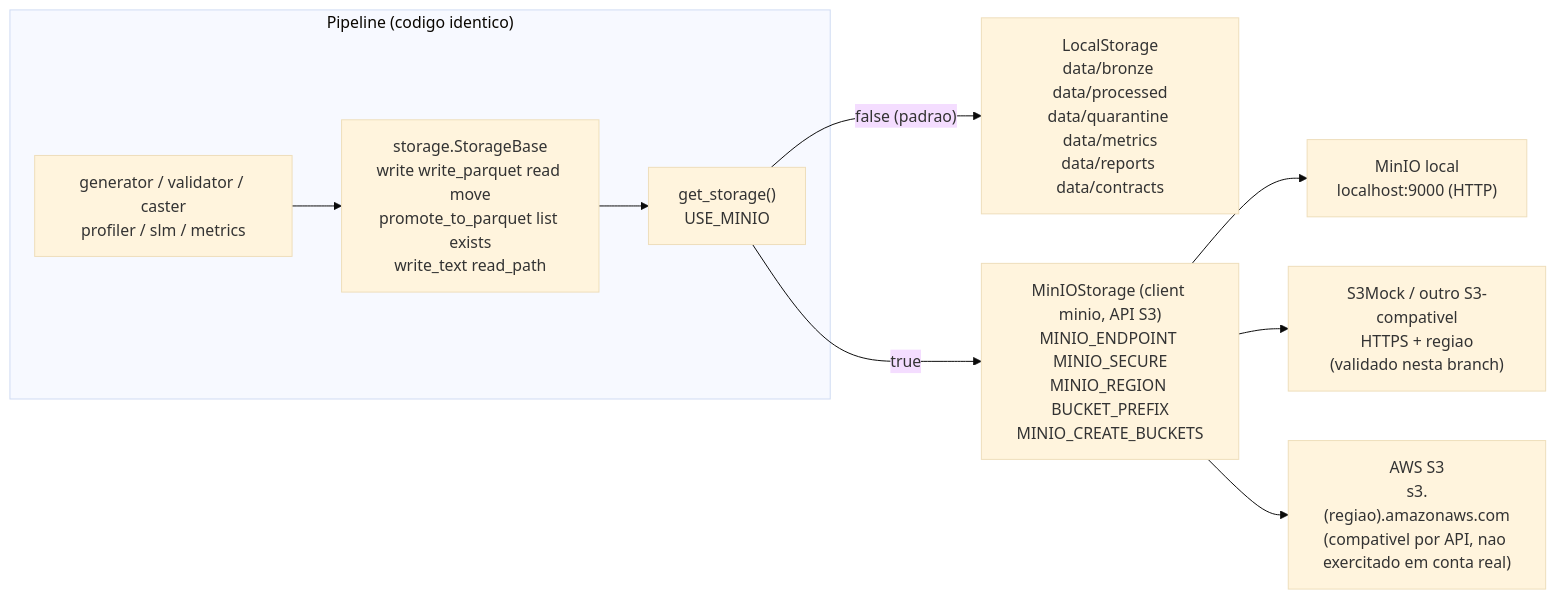
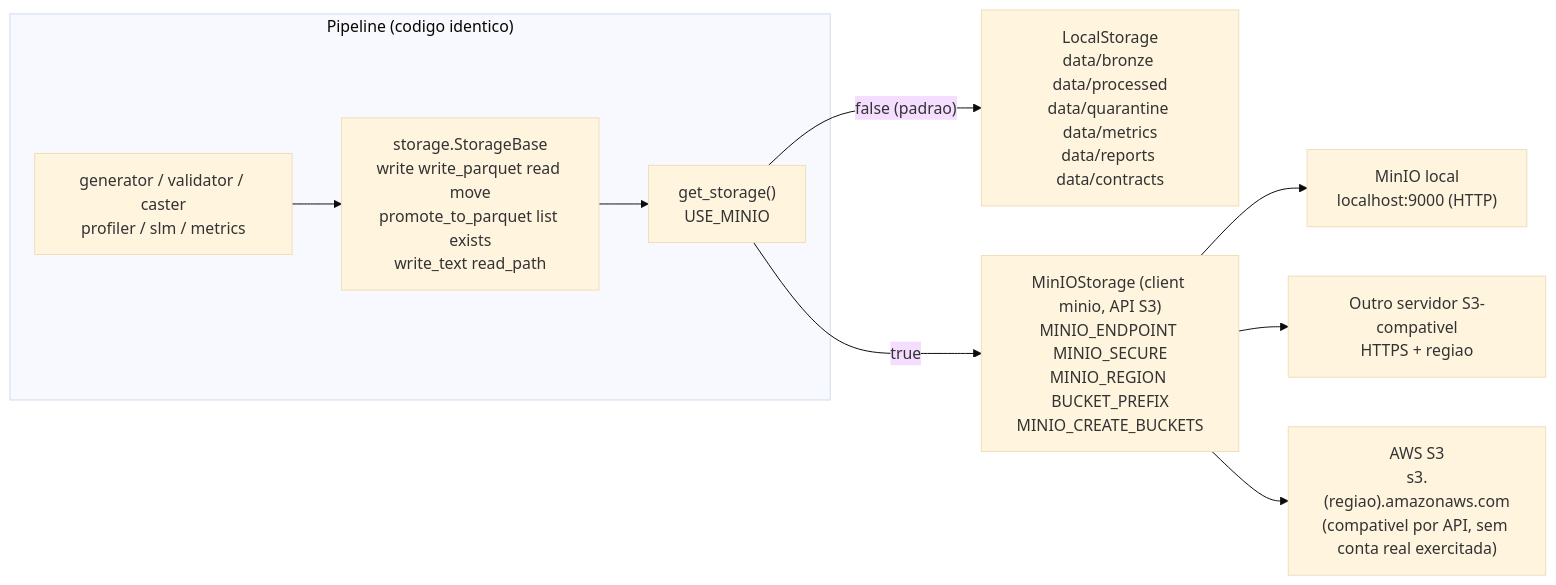
The third of 6 diagrams in README.md (Knnovar/data-masters-nimbus), drawn with Mermaid (base theme) before and after one commit. The commit also changed other lines of this file and 10 other files, not shown here.

````diff
--- a/README.md
+++ b/README.md
@@ -116,16 +118,16 @@
 ```mermaid
 graph LR
     subgraph APP["Pipeline (codigo identico)"]
         CORE["generator / validator / caster<br/>profiler / slm / metrics"]
         API["storage.StorageBase<br/>write write_parquet read move<br/>promote_to_parquet list exists<br/>write_text read_path"]
         FAC["get_storage()<br/>USE_MINIO"]
         CORE --> API --> FAC
     end
 
     FAC -- "false (padrao)" --> LOC["LocalStorage<br/>data/bronze data/processed<br/>data/quarantine data/metrics<br/>data/reports data/contracts"]
     FAC -- "true" --> MIO["MinIOStorage (client minio, API S3)<br/>MINIO_ENDPOINT MINIO_SECURE<br/>MINIO_REGION BUCKET_PREFIX<br/>MINIO_CREATE_BUCKETS"]
 
     MIO --> B1["MinIO local<br/>localhost:9000 (HTTP)"]
-    MIO --> B2["S3Mock / outro S3-compativel<br/>HTTPS + regiao<br/>(validado nesta branch)"]
-    MIO --> B3["AWS S3<br/>s3.(regiao).amazonaws.com<br/>(compativel por API, nao exercitado em conta real)"]
+    MIO --> B2["Outro servidor S3-compativel<br/>HTTPS + regiao"]
+    MIO --> B3["AWS S3<br/>s3.(regiao).amazonaws.com<br/>(compativel por API, sem conta real exercitada)"]
 ```
````
